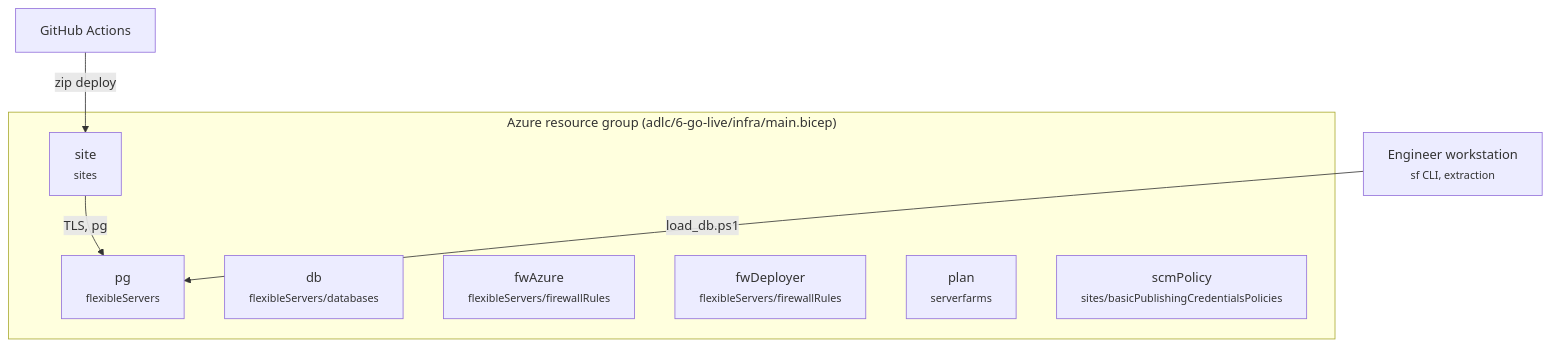
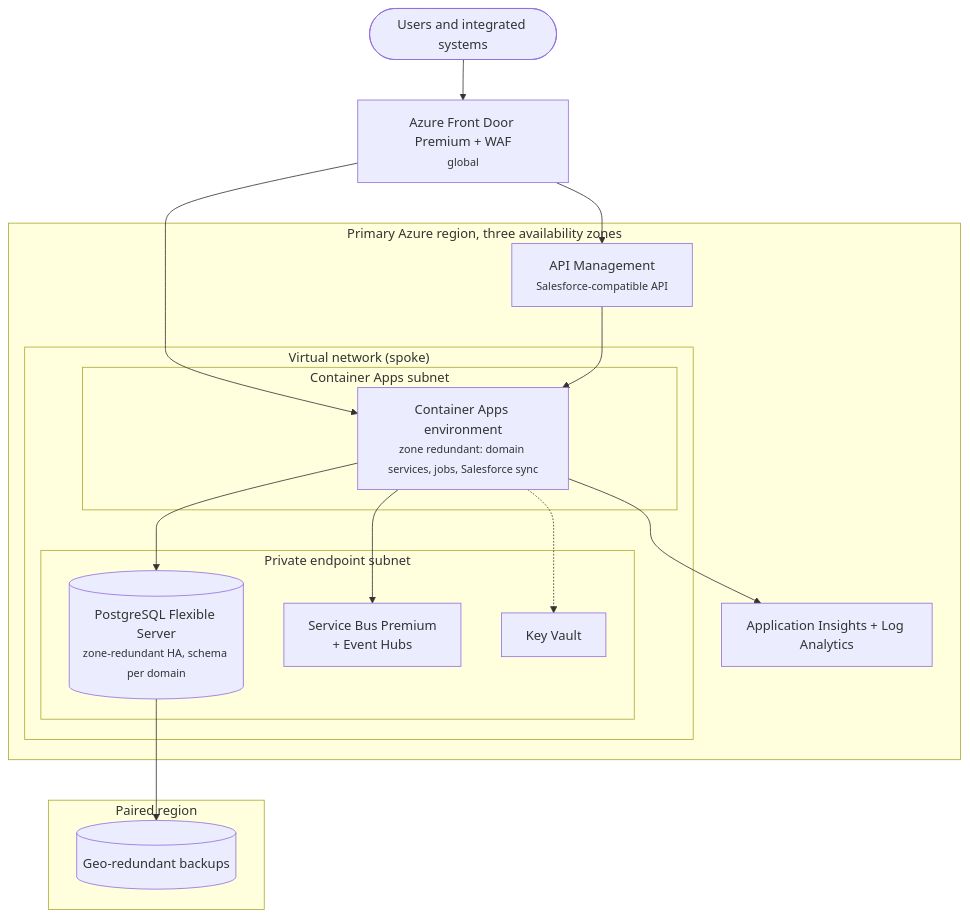
Before and after one commit to himantgupta-alt/crm-genie: diagram 12 of 16 in adlc/2-design/modelling/design/HLD.md, drawn with Mermaid. The commit also changed other lines of this file and 49 other files, not shown here.

First line of the commit message:
Client pack, target-state platform architecture and deck slide

````diff
--- a/adlc/2-design/modelling/design/HLD.md
+++ b/adlc/2-design/modelling/design/HLD.md
@@ -250,15 +323,28 @@
 ```mermaid
 flowchart TB
-  subgraph AZ["Azure resource group (adlc/6-go-live/infra/main.bicep)"]
-    pg["pg<br/><small>flexibleServers</small>"]
-    db["db<br/><small>flexibleServers/databases</small>"]
-    fwAzure["fwAzure<br/><small>flexibleServers/firewallRules</small>"]
-    fwDeployer["fwDeployer<br/><small>flexibleServers/firewallRules</small>"]
-    plan["plan<br/><small>serverfarms</small>"]
-    site["site<br/><small>sites</small>"]
-    scmPolicy["scmPolicy<br/><small>sites/basicPublishingCredentialsPolicies</small>"]
+  U(["Users and integrated systems"]) --> FD["Azure Front Door Premium + WAF<br/><small>global</small>"]
+  subgraph REG["Primary Azure region, three availability zones"]
+    APIM["API Management<br/><small>Salesforce-compatible API</small>"]
+    subgraph VNET["Virtual network (spoke)"]
+      subgraph SN1["Container Apps subnet"]
+        ACA["Container Apps environment<br/><small>zone redundant: domain services, jobs, Salesforce sync</small>"]
+      end
+      subgraph SN2["Private endpoint subnet"]
+        PG[("PostgreSQL Flexible Server<br/><small>zone-redundant HA, schema per domain</small>")]
+        SB["Service Bus Premium<br/>+ Event Hubs"]
+        KV["Key Vault"]
+      end
+    end
+    LA["Application Insights + Log Analytics"]
   end
-  GH["GitHub Actions"] -- "zip deploy" --> site
-  site -- "TLS, pg" --> pg
-  DEV["Engineer workstation<br/><small>sf CLI, extraction</small>"] -- "load_db.ps1" --> pg
+  subgraph PAIR["Paired region"]
+    BK[("Geo-redundant backups")]
+  end
+  FD --> ACA
+  FD --> APIM --> ACA
+  ACA --> PG
+  ACA --> SB
+  ACA -.-> KV
+  ACA --> LA
+  PG --> BK
 ```
````
